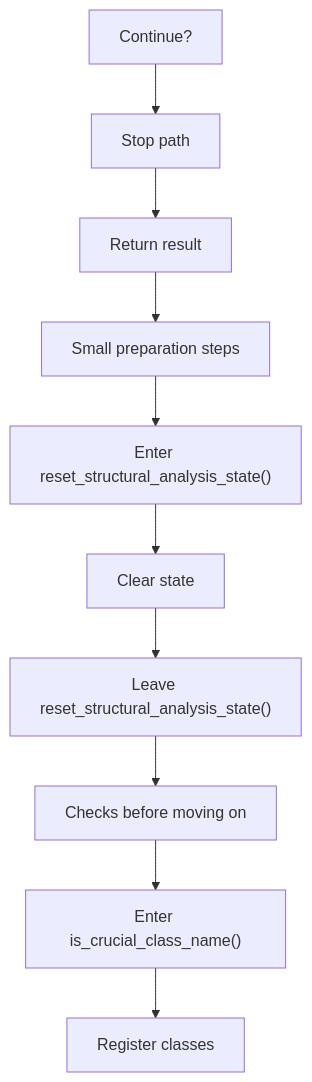
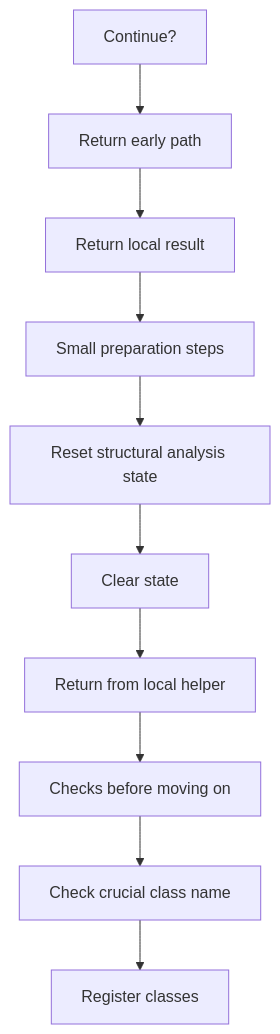
One commit to JohnAndrewBalbarosa/NeoTerritory changed the fifth of 7 diagrams in docs/Codebase/Microservice/Modules/Source/Analysis/Lexical/StructuralHooks/Flow/lexical_structure_hooks_program_flow.cpp.md. Above: the diagram before and after it, drawn with Mermaid. The commit also changed other lines of this file and 925 other files, not shown here.

````diff
--- a/docs/Codebase/Microservice/Modules/Source/Analysis/Lexical/StructuralHooks/Flow/lexical_structure_hooks_program_flow.cpp.md
+++ b/docs/Codebase/Microservice/Modules/Source/Analysis/Lexical/StructuralHooks/Flow/lexical_structure_hooks_program_flow.cpp.md
@@ -119,22 +119,22 @@
 ```mermaid
 flowchart TD
     N0["Continue?"]
-    N1["Stop path"]
-    N2["Return result"]
+    N1["Return early path"]
+    N2["Return local result"]
     N3["Small preparation steps"]
-    N4["Enter reset_structural_analysis_state()"]
+    N4["Reset structural analysis state"]
     N5["Clear state"]
-    N6["Leave reset_structural_analysis_state()"]
+    N6["Return from local helper"]
     N7["Checks before moving on"]
-    N8["Enter is_crucial_class_name()"]
+    N8["Check crucial class name"]
     N9["Register classes"]
     N0 --> N1
     N1 --> N2
     N2 --> N3
     N3 --> N4
     N4 --> N5
     N5 --> N6
     N6 --> N7
     N7 --> N8
     N8 --> N9
 ```
````
